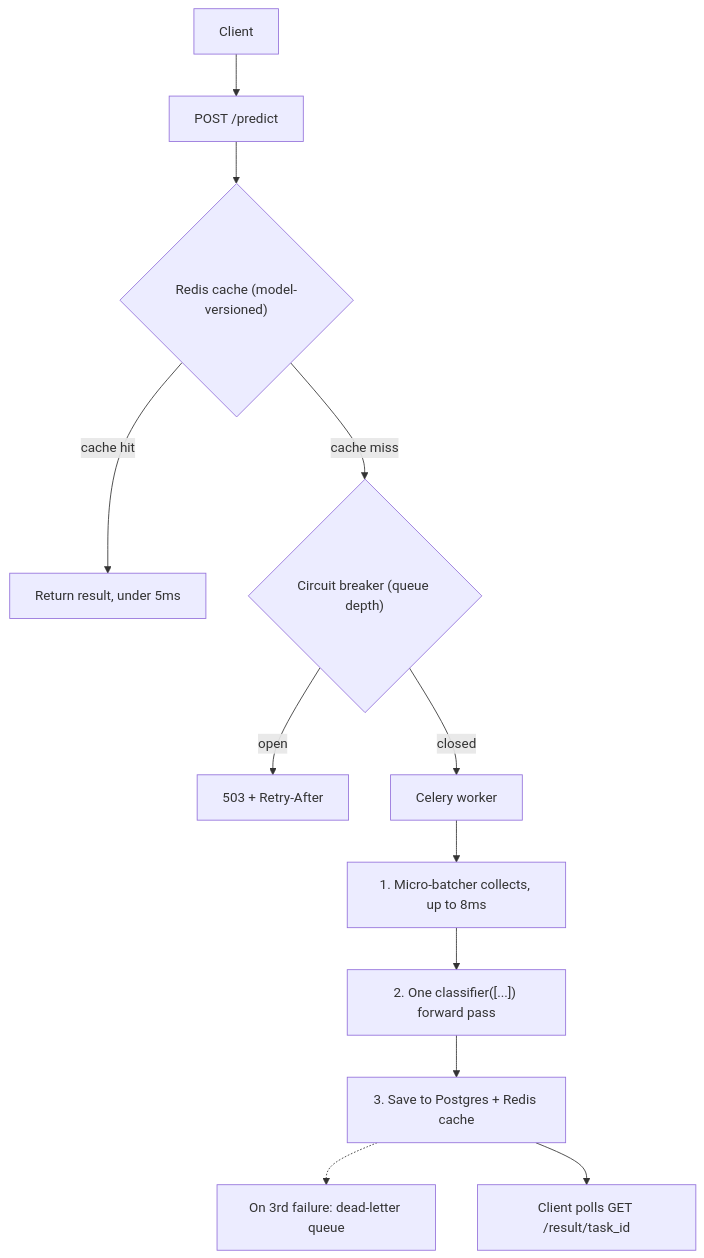
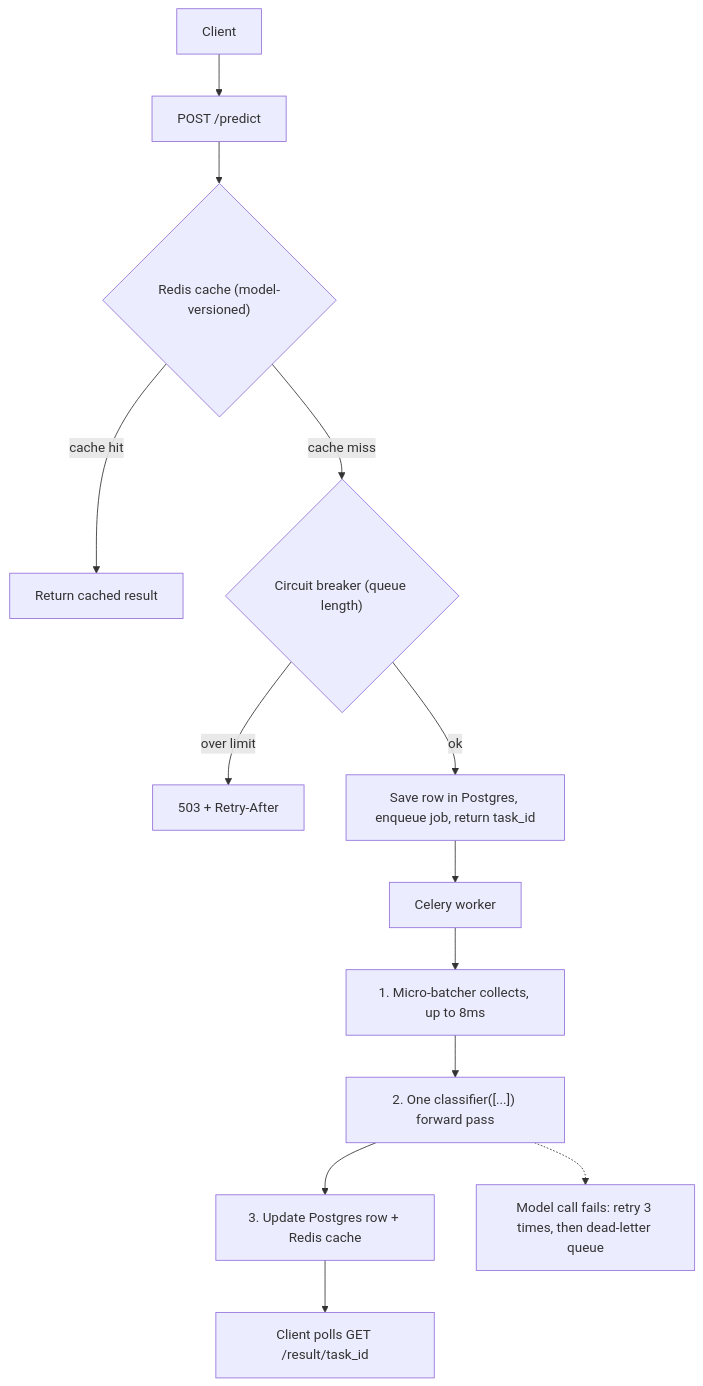
One commit to AshrafAhmed9/cleartext-api changed the diagram in README.md. Above: the diagram before and after it, drawn with Mermaid. The commit also changed other lines of this file, not shown here.

Commit message:
Fix README diagram: DLQ branch, Postgres row at queue time, drop unmeasured latency

````diff
--- a/README.md
+++ b/README.md
@@ -23,14 +23,15 @@
 ```mermaid
 flowchart TD
     A[Client] --> B["POST /predict"]
     B --> C{"Redis cache (model-versioned)"}
-    C -- cache hit --> D["Return result, under 5ms"]
-    C -- cache miss --> E{"Circuit breaker (queue depth)"}
-    E -- open --> F["503 + Retry-After"]
-    E -- closed --> G["Celery worker"]
+    C -- cache hit --> D["Return cached result"]
+    C -- cache miss --> E{"Circuit breaker (queue length)"}
+    E -- over limit --> F["503 + Retry-After"]
+    E -- ok --> E1["Save row in Postgres, enqueue job, return task_id"]
+    E1 --> G["Celery worker"]
     G --> G1["1. Micro-batcher collects, up to 8ms"]
     G1 --> G2["2. One classifier([...]) forward pass"]
-    G2 --> G3["3. Save to Postgres + Redis cache"]
-    G3 -.-> G4["On 3rd failure: dead-letter queue"]
+    G2 --> G3["3. Update Postgres row + Redis cache"]
+    G2 -.-> G4["Model call fails: retry 3 times, then dead-letter queue"]
     G3 --> H["Client polls GET /result/task_id"]
 ```
````
